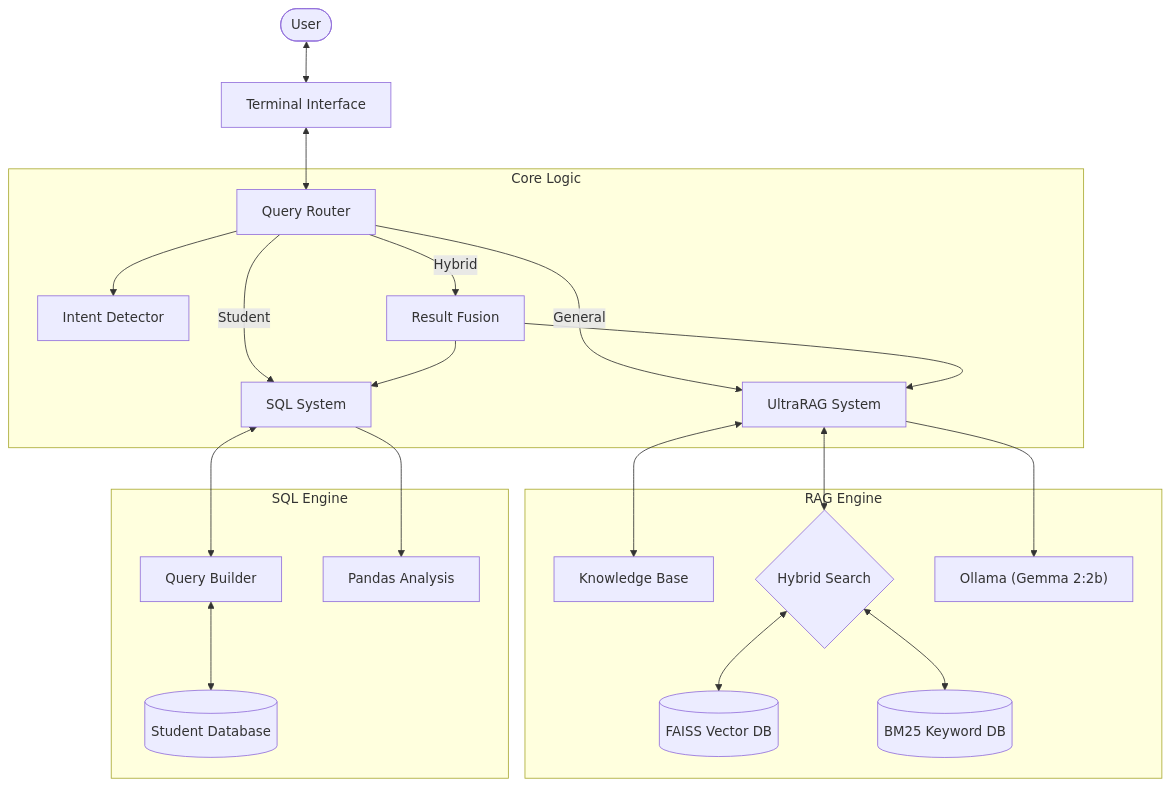
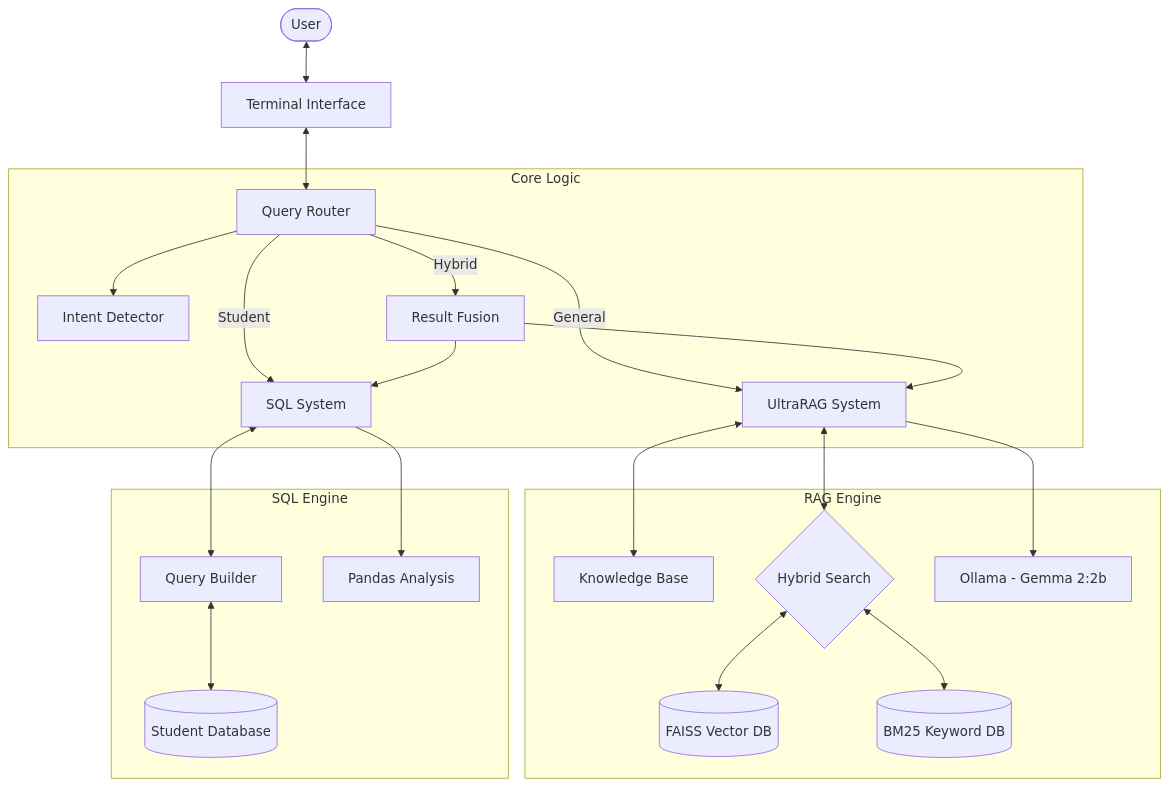
The first of 2 diagrams in README.md (VijayKiran-2004/College-Chat-Bot), drawn with Mermaid before and after one commit.

Commit message:
Fix Mermaid diagram syntax in README by sanitizing labels

````diff
--- a/README.md
+++ b/README.md
@@ -100,30 +100,30 @@
 ```mermaid
 graph TD
     User([User]) <--> Interface["Terminal Interface"]
     Interface <--> Router["Query Router"]
     
     subgraph "Core Logic"
         Router --> Detector["Intent Detector"]
         
         Router -->|General| RAG["UltraRAG System"]
         Router -->|Student| SQL["SQL System"]
         Router -->|Hybrid| Fusion["Result Fusion"]
         
         Fusion --> RAG
         Fusion --> SQL
     end
     
     subgraph "RAG Engine"
         RAG <--> KB["Knowledge Base"]
         RAG <--> HybridSearch{"Hybrid Search"}
-        HybridSearch <--> FAISS[("FAISS Vector DB")]
-        HybridSearch <--> BM25[("BM25 Keyword DB")]
-        RAG --> LLM["Ollama (Gemma 2:2b)"]
+        HybridSearch <--> FAISS[(FAISS Vector DB)]
+        HybridSearch <--> BM25[(BM25 Keyword DB)]
+        RAG --> LLM["Ollama - Gemma 2:2b"]
     end
     
     subgraph "SQL Engine"
         SQL <--> QueryBuilder["Query Builder"]
-        QueryBuilder <--> SQLite[("Student Database")]
+        QueryBuilder <--> SQLite[(Student Database)]
         SQL --> Pandas["Pandas Analysis"]
     end
 ```
````
